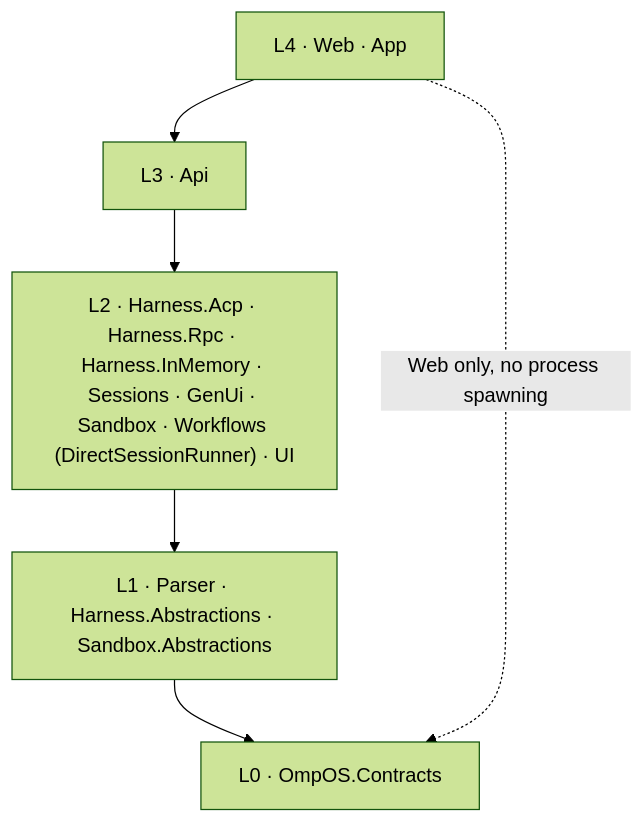
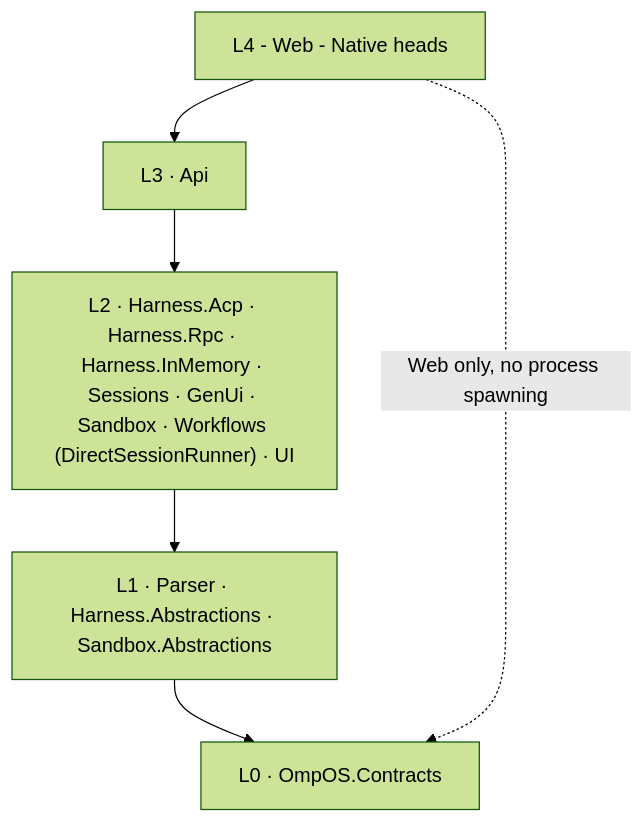
The diagram in docs/architecture.md (swcstudiospace/OmpOS), drawn with Mermaid (forest theme) before and after one commit. The commit also changed other lines of this file and 8 other files, not shown here.

````diff
--- a/docs/architecture.md
+++ b/docs/architecture.md
@@ -7,13 +7,13 @@
 ```mermaid
 flowchart TB
     L0["L0 · OmpOS.Contracts"]
     L1["L1 · Parser · Harness.Abstractions · Sandbox.Abstractions"]
     L2["L2 · Harness.Acp · Harness.Rpc · Harness.InMemory · Sessions · GenUi · Sandbox · Workflows (DirectSessionRunner) · UI"]
     L3["L3 · Api"]
-    L4["L4 · Web · App"]
+    L4["L4 - Web - Native heads"]
     L4 --> L3
     L3 --> L2
     L2 --> L1
     L1 --> L0
     L4 -. Web only, no process spawning .-> L0
 ```
````
